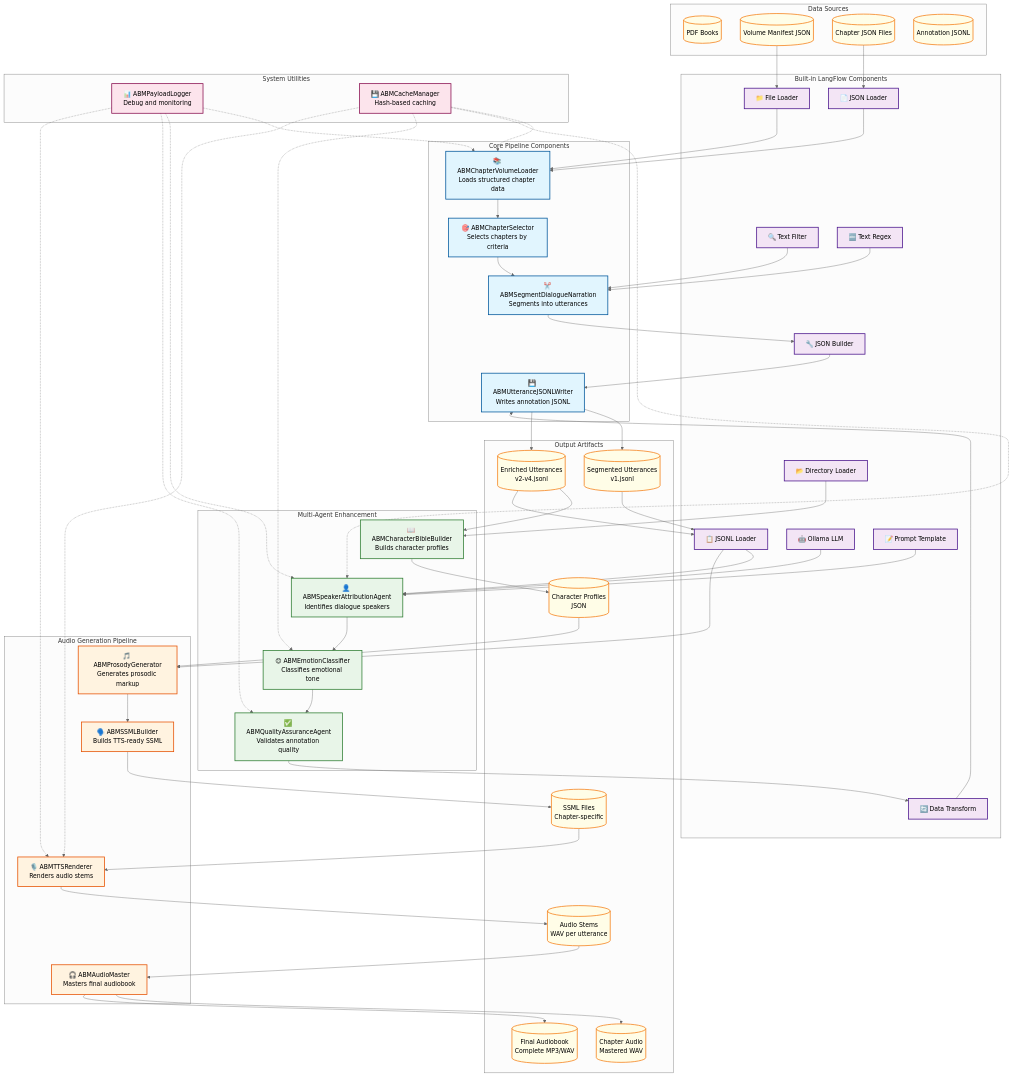
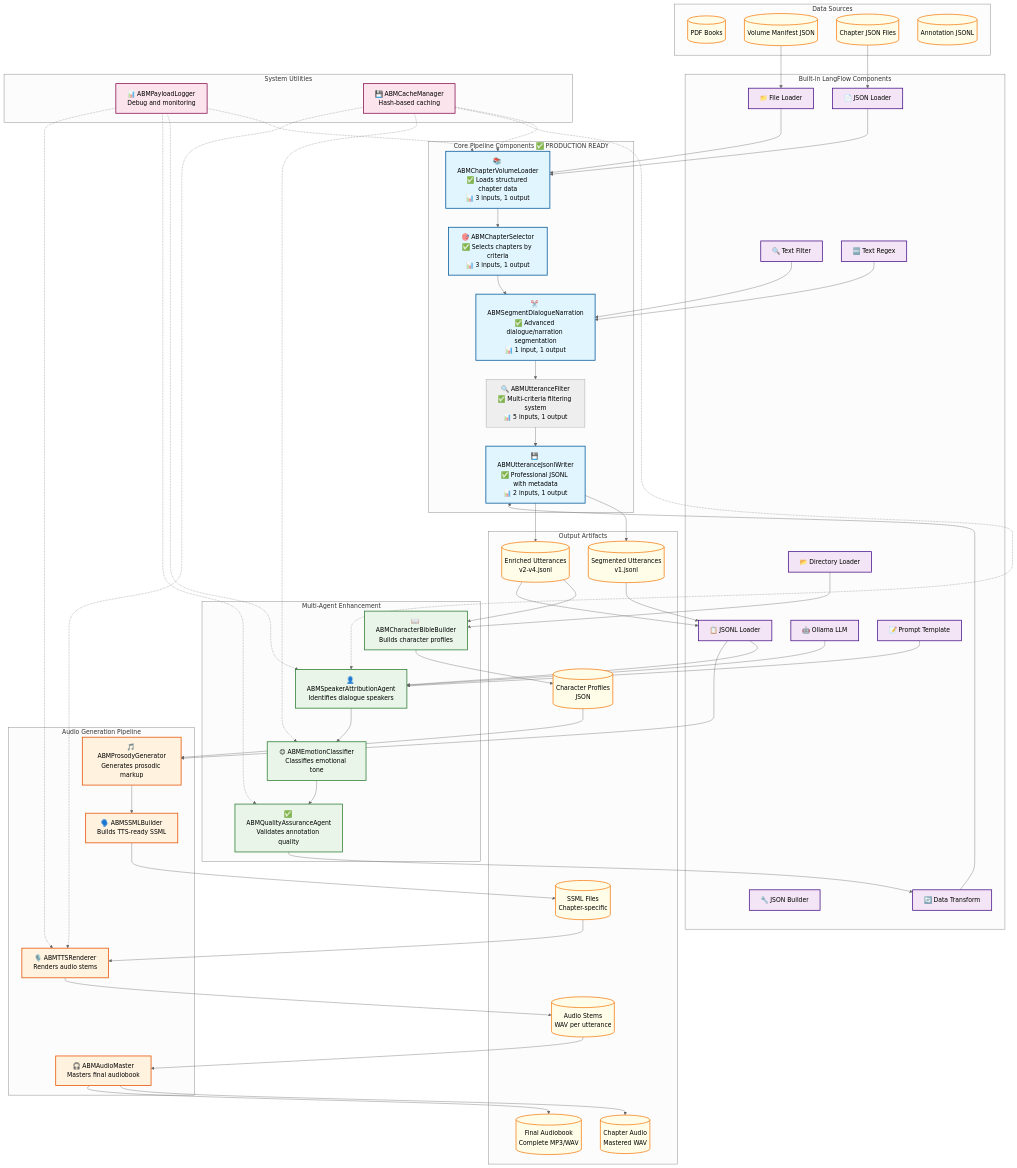
The diagram in docs/diagrams/langflow_architecture.mmd (jwardwell7077/agent-audiobook-maker), drawn with Mermaid (neutral theme) before and after one commit. The commit also changed 10 other files, not shown here.

```diff
--- a/docs/diagrams/langflow_architecture.mmd
+++ b/docs/diagrams/langflow_architecture.mmd
@@ -1,136 +1,137 @@
 %% LangFlow Audiobook Generation Architecture (Final MVP Specification)
 %% Shows the complete audiobook processing pipeline using LangFlow components
 
 graph TB
     %% Data Sources
     subgraph "Data Sources"
         PDF[("PDF Books")]
         VolumeJSON[("Volume Manifest JSON")]
         ChapterJSON[("Chapter JSON Files")]
         AnnotationJSONL[("Annotation JSONL")]
     end
 
     %% Built-in LangFlow Components
     subgraph "Built-in LangFlow Components"
         FileLoader["📁 File Loader"]
         JSONLoader["📄 JSON Loader"]
         JSONLLoader["📋 JSONL Loader"]
         TextFilter["🔍 Text Filter"]
         TextRegex["🔤 Text Regex"]
         OllamaLLM["🤖 Ollama LLM"]
         PromptTemplate["📝 Prompt Template"]
         JSONBuilder["🔧 JSON Builder"]
         DataTransform["🔄 Data Transform"]
         DirectoryLoader["📂 Directory Loader"]
     end
 
-    %% Custom ABM Components (Final MVP)
-    subgraph "Core Pipeline Components"
-        ChapterLoader["📚 ABMChapterVolumeLoader<br/>Loads structured chapter data"]
-        ChapterSelector["🎯 ABMChapterSelector<br/>Selects chapters by criteria"]
-        Segmenter["✂️ ABMSegmentDialogueNarration<br/>Segments into utterances"]
-        JSONLWriter["💾 ABMUtteranceJSONLWriter<br/>Writes annotation JSONL"]
+    %% Custom ABM Components (Production Ready - August 2025)
+    subgraph "Core Pipeline Components ✅ PRODUCTION READY"
+        ChapterLoader["📚 ABMChapterVolumeLoader<br/>✅ Loads structured chapter data<br/>📊 3 inputs, 1 output"]
+        ChapterSelector["🎯 ABMChapterSelector<br/>✅ Selects chapters by criteria<br/>📊 3 inputs, 1 output"]  
+        Segmenter["✂️ ABMSegmentDialogueNarration<br/>✅ Advanced dialogue/narration segmentation<br/>📊 1 input, 1 output"]
+        UtteranceFilter["🔍 ABMUtteranceFilter<br/>✅ Multi-criteria filtering system<br/>📊 5 inputs, 1 output"]
+        JSONLWriter["💾 ABMUtteranceJsonlWriter<br/>✅ Professional JSONL with metadata<br/>📊 2 inputs, 1 output"]
     end
 
     subgraph "Multi-Agent Enhancement"
         SpeakerAgent["👤 ABMSpeakerAttributionAgent<br/>Identifies dialogue speakers"]
         EmotionAgent["😊 ABMEmotionClassifier<br/>Classifies emotional tone"]
         QAAgent["✅ ABMQualityAssuranceAgent<br/>Validates annotation quality"]
         CharacterBible["📖 ABMCharacterBibleBuilder<br/>Builds character profiles"]
     end
 
     subgraph "Audio Generation Pipeline"
         ProsodyGen["🎵 ABMProsodyGenerator<br/>Generates prosodic markup"]
         SSMLBuilder["🗣️ ABMSSMLBuilder<br/>Builds TTS-ready SSML"]
         TTSRenderer["🎙️ ABMTTSRenderer<br/>Renders audio stems"]
         AudioMaster["🎧 ABMAudioMaster<br/>Masters final audiobook"]
     end
 
     subgraph "System Utilities"
         PayloadLogger["📊 ABMPayloadLogger<br/>Debug and monitoring"]
         CacheManager["💾 ABMCacheManager<br/>Hash-based caching"]
     end
 
     %% Output Artifacts
     subgraph "Output Artifacts"
         SegmentedJSONL[("Segmented Utterances<br/>v1.jsonl")]
         EnrichedJSONL[("Enriched Utterances<br/>v2-v4.jsonl")]
         CharProfiles[("Character Profiles<br/>JSON")]
         SSMLFiles[("SSML Files<br/>Chapter-specific")]
         AudioStems[("Audio Stems<br/>WAV per utterance")]
         ChapterAudio[("Chapter Audio<br/>Mastered WAV")]
         BookAudio[("Final Audiobook<br/>Complete MP3/WAV")]
     end
 
     %% Main Processing Flow - Annotation Pipeline
     VolumeJSON --> FileLoader
     ChapterJSON --> JSONLoader
     FileLoader --> ChapterLoader
     JSONLoader --> ChapterLoader
     ChapterLoader --> ChapterSelector
     ChapterSelector --> Segmenter
     
     %% Text processing integration
     TextRegex --> Segmenter
     TextFilter --> Segmenter
     
-    Segmenter --> JSONBuilder
-    JSONBuilder --> JSONLWriter
+    Segmenter --> UtteranceFilter
+    UtteranceFilter --> JSONLWriter
     JSONLWriter --> SegmentedJSONL
 
     %% Multi-Agent Enhancement Flow
     SegmentedJSONL --> JSONLLoader
     JSONLLoader --> SpeakerAgent
     
     %% LLM integration for speaker attribution
     OllamaLLM --> SpeakerAgent
     PromptTemplate --> SpeakerAgent
     
     SpeakerAgent --> EmotionAgent
     EmotionAgent --> QAAgent
     QAAgent --> DataTransform
     DataTransform --> JSONLWriter
     JSONLWriter --> EnrichedJSONL
 
     %% Character analysis (multi-chapter)
     DirectoryLoader --> CharacterBible
     EnrichedJSONL --> CharacterBible
     CharacterBible --> CharProfiles
 
     %% Audio Generation Flow
     EnrichedJSONL --> JSONLLoader
     CharProfiles --> ProsodyGen
     JSONLLoader --> ProsodyGen
     ProsodyGen --> SSMLBuilder
     SSMLBuilder --> SSMLFiles
     SSMLFiles --> TTSRenderer
     TTSRenderer --> AudioStems
     AudioStems --> AudioMaster
     AudioMaster --> ChapterAudio
     AudioMaster --> BookAudio
 
     %% Cross-cutting concerns
     CacheManager -.-> ChapterLoader
     CacheManager -.-> SpeakerAgent
     CacheManager -.-> EmotionAgent
     CacheManager -.-> TTSRenderer
     
     PayloadLogger -.-> ChapterLoader
     PayloadLogger -.-> SpeakerAgent
     PayloadLogger -.-> QAAgent
     PayloadLogger -.-> TTSRenderer
 
     %% Styling for final spec
     classDef core fill:#e1f5fe,stroke:#01579b,stroke-width:2px
     classDef multiagent fill:#e8f5e8,stroke:#2e7d32,stroke-width:2px
     classDef audio fill:#fff3e0,stroke:#e65100,stroke-width:2px
     classDef builtin fill:#f3e5f5,stroke:#4a148c,stroke-width:2px
     classDef utility fill:#fce4ec,stroke:#880e4f,stroke-width:2px
     classDef data fill:#fffde7,stroke:#f57f17,stroke-width:2px
 
     class ChapterLoader,ChapterSelector,Segmenter,JSONLWriter core
     class SpeakerAgent,EmotionAgent,QAAgent,CharacterBible multiagent
     class ProsodyGen,SSMLBuilder,TTSRenderer,AudioMaster audio
     class FileLoader,JSONLoader,JSONLLoader,TextFilter,TextRegex,OllamaLLM,PromptTemplate,JSONBuilder,DataTransform,DirectoryLoader builtin
     class PayloadLogger,CacheManager utility
     class PDF,VolumeJSON,ChapterJSON,AnnotationJSONL,SegmentedJSONL,EnrichedJSONL,CharProfiles,SSMLFiles,AudioStems,ChapterAudio,BookAudio data
```
